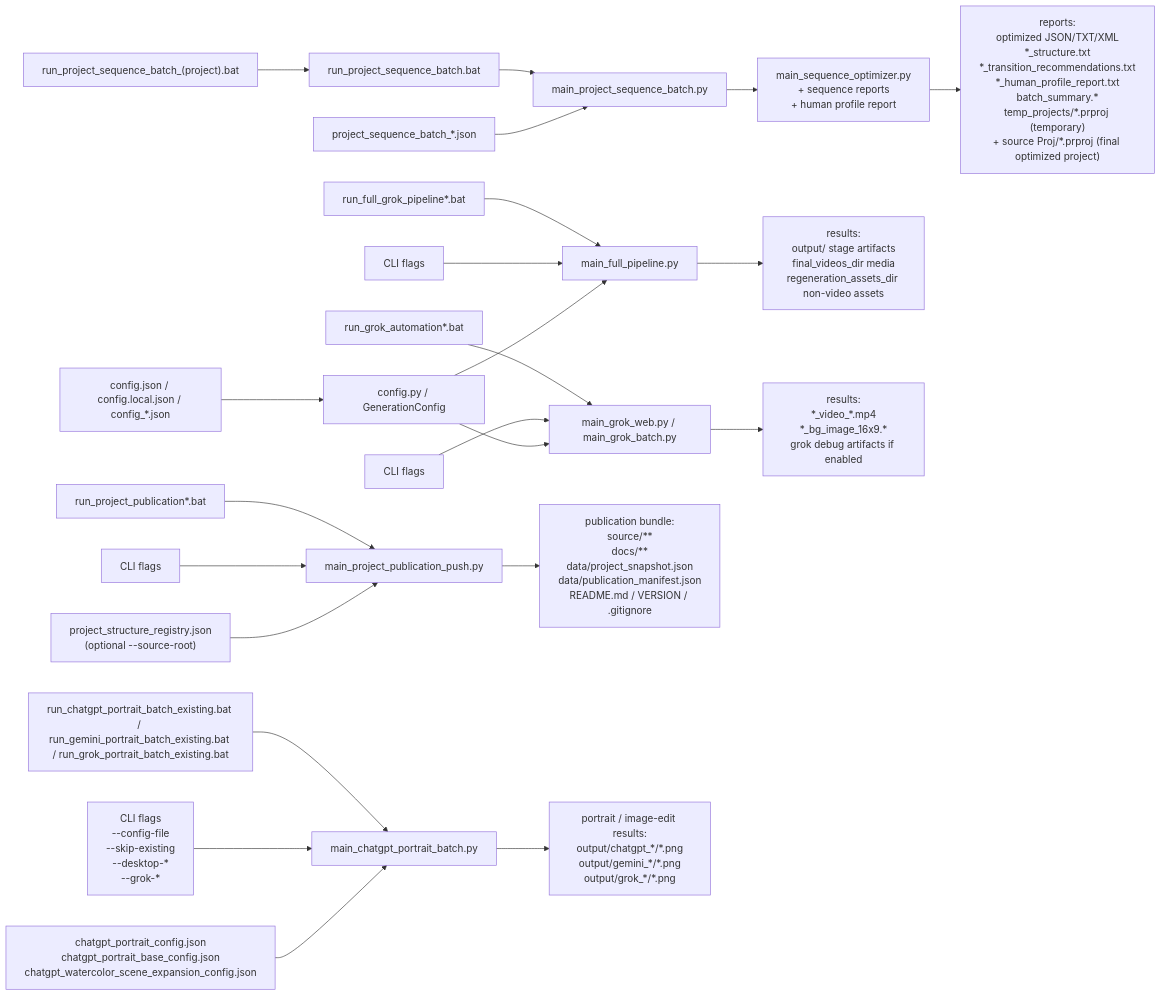
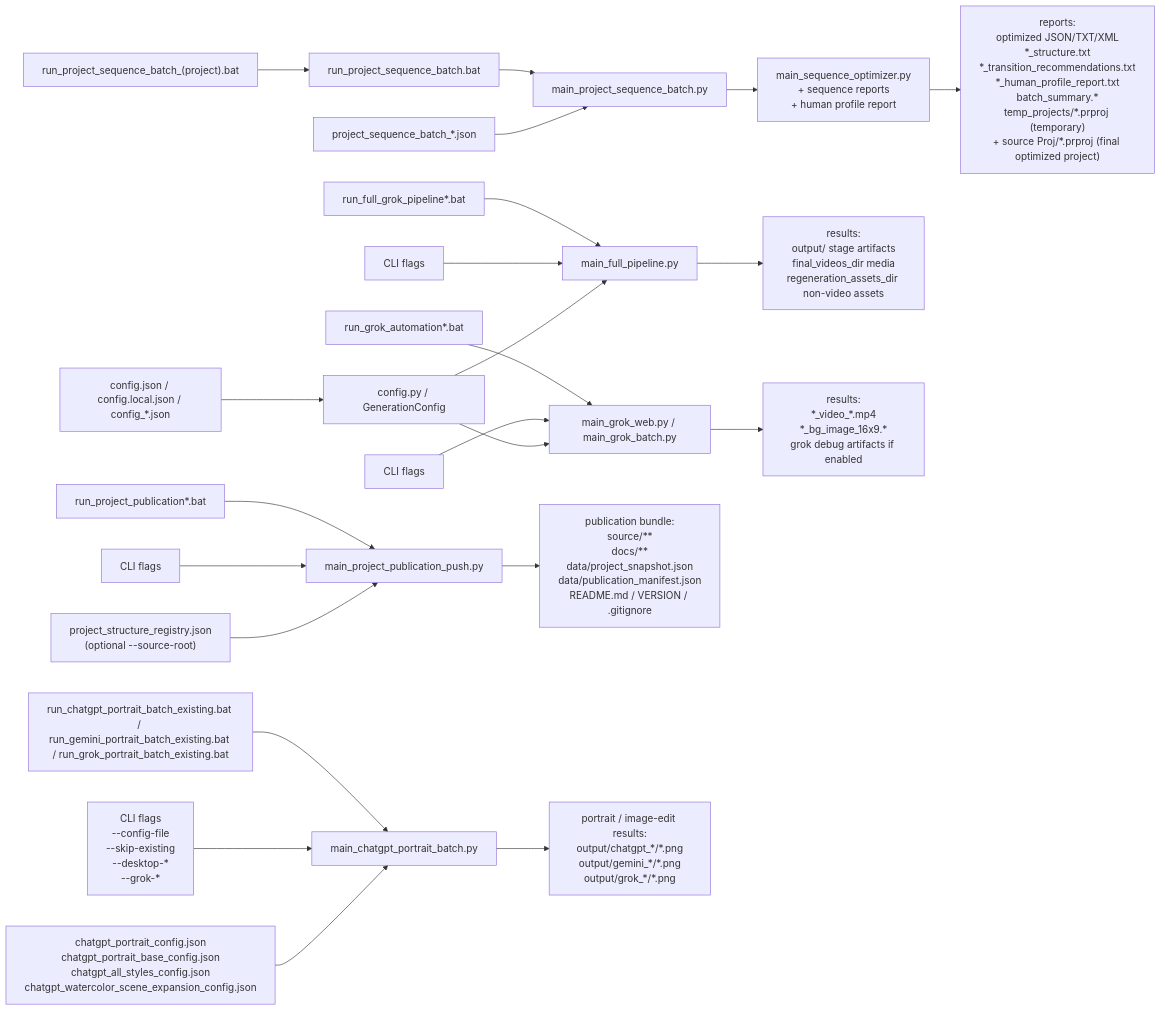
One commit to sergey-frd/Memory-to-Video_Agent changed the diagram in docs/USER_GUIDE_RU.md. Above: the diagram before and after it, drawn with Mermaid. The commit also changed other lines of this file and 63 other files, not shown here.

Commit message:
Publish 2026.07.22.01: Sequence Trim Review (heuristic + semantic compact KEEP/DROP)

````diff
--- a/docs/USER_GUIDE_RU.md
+++ b/docs/USER_GUIDE_RU.md
@@ -451,29 +466,29 @@
 ```mermaid
 flowchart LR
   B1["run_full_grok_pipeline*.bat"] --> P1["main_full_pipeline.py"]
   B2["run_grok_automation*.bat"] --> P2["main_grok_web.py / main_grok_batch.py"]
   B3A["run_project_sequence_batch_(project).bat"] --> B3["run_project_sequence_batch.bat"]
   B3 --> P3["main_project_sequence_batch.py"]
   B4["run_project_publication*.bat"] --> P4["main_project_publication_push.py"]
   B5["run_chatgpt_portrait_batch_existing.bat / run_gemini_portrait_batch_existing.bat / run_grok_portrait_batch_existing.bat"] --> P6["main_chatgpt_portrait_batch.py"]
 
   A1["CLI flags"] --> P1
   A2["CLI flags"] --> P2
   A5["CLI flags\n--config-file\n--skip-existing\n--desktop-*\n--grok-*"] --> P6
   C1["config.json / config.local.json / config_*.json"] --> G1["config.py / GenerationConfig"]
   G1 --> P1
   G1 --> P2
-  C5["chatgpt_portrait_config.json\nchatgpt_portrait_base_config.json\nchatgpt_watercolor_scene_expansion_config.json"] --> P6
+  C5["chatgpt_portrait_config.json\nchatgpt_portrait_base_config.json\nchatgpt_all_styles_config.json\nchatgpt_watercolor_scene_expansion_config.json"] --> P6
 
   C3["project_sequence_batch_*.json"] --> P3
   P3 --> P5["main_sequence_optimizer.py\n+ sequence reports\n+ human profile report"]
 
   A4["CLI flags"] --> P4
   R1["project_structure_registry.json\n(optional --source-root)"] --> P4
 
   P1 --> O1["results:\noutput/ stage artifacts\nfinal_videos_dir media\nregeneration_assets_dir non-video assets"]
   P2 --> O2["results:\n*_video_*.mp4\n*_bg_image_16x9.*\ngrok debug artifacts if enabled"]
   P5 --> O3["reports:\noptimized JSON/TXT/XML\n*_structure.txt\n*_transition_recommendations.txt\n*_human_profile_report.txt\nbatch_summary.*\ntemp_projects/*.prproj (temporary)\n+ source Proj/*.prproj (final optimized project)"]
   P4 --> O4["publication bundle:\nsource/**\ndocs/**\ndata/project_snapshot.json\ndata/publication_manifest.json\nREADME.md / VERSION / .gitignore"]
   P6 --> O5["portrait / image-edit results:\noutput/chatgpt_*/*.png\noutput/gemini_*/*.png\noutput/grok_*/*.png"]
 ```
````
